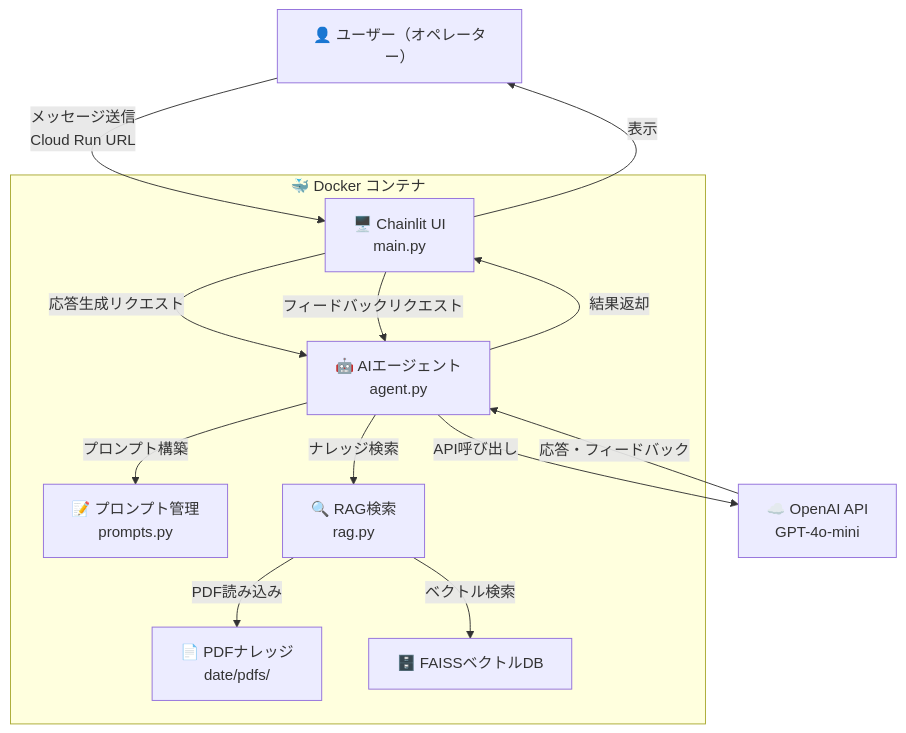
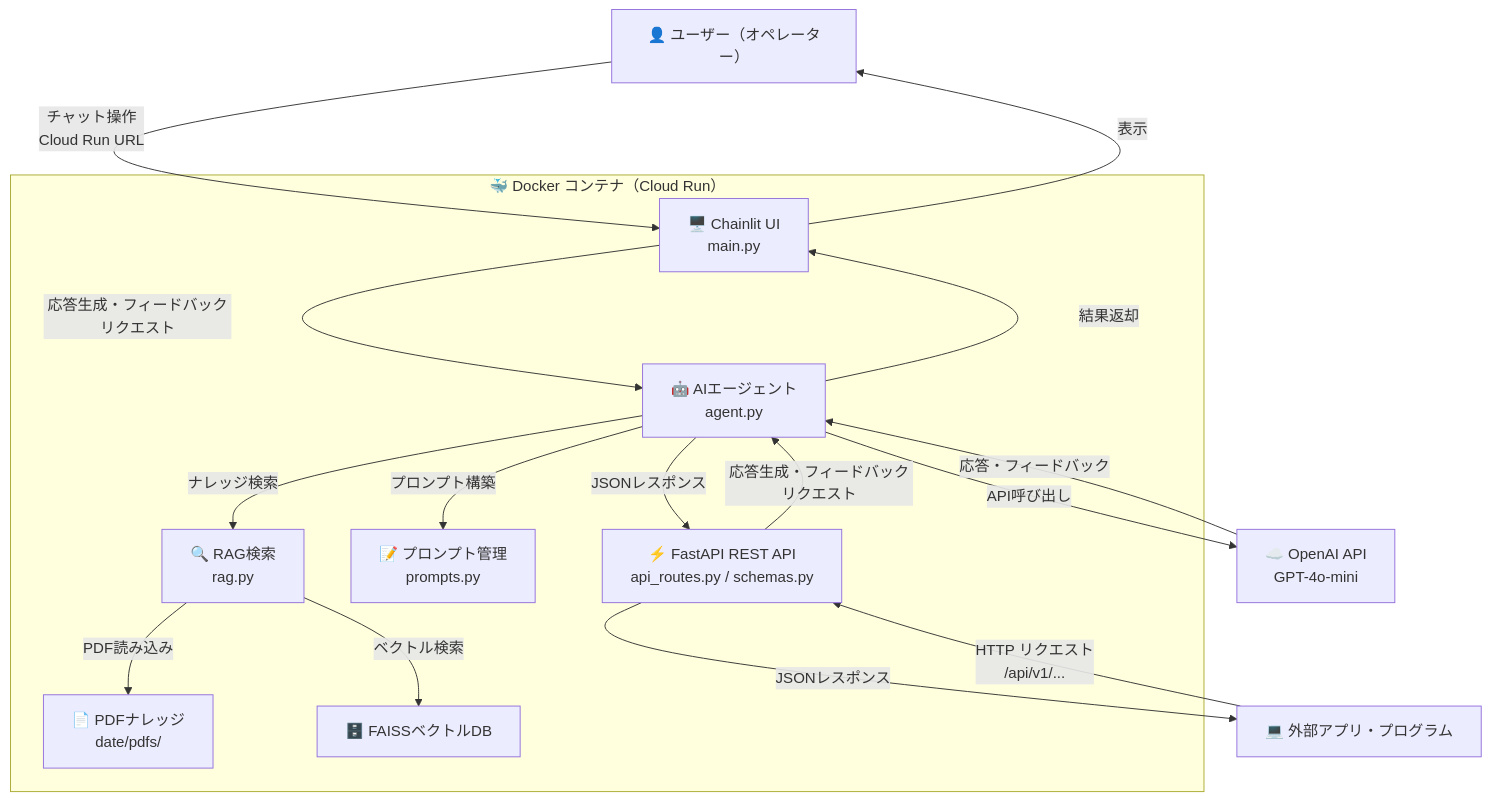
One commit to biguver-cloud/roleup changed the diagram in README.md. Above: the diagram before and after it, drawn with Mermaid. The commit also changed other lines of this file and 4 other files, not shown here.

First line of the commit message:
feat: FastAPI REST APIを実装しChainlitと並存させる

````diff
--- a/README.md
+++ b/README.md
@@ -74,27 +77,31 @@
 ```mermaid
-
 flowchart TD
     User["👤 ユーザー（オペレーター）"]
+    ExtApp["💻 外部アプリ・プログラム"]
     OpenAI["☁️ OpenAI API\nGPT-4o-mini"]
 
-    subgraph Docker["🐳 Docker コンテナ"]
+    subgraph Docker["🐳 Docker コンテナ（Cloud Run）"]
         UI["🖥️ Chainlit UI\nmain.py"]
+        API["⚡ FastAPI REST API\napi_routes.py / schemas.py"]
         Agent["🤖 AIエージェント\nagent.py"]
         Prompts["📝 プロンプト管理\nprompts.py"]
         RAG["🔍 RAG検索\nrag.py"]
         PDF["📄 PDFナレッジ\ndate/pdfs/"]
         FAISS["🗄️ FAISSベクトルDB"]
     end
 
-    User -->|メッセージ送信\nCloud Run URL| UI
-    UI -->|応答生成リクエスト| Agent
-    UI -->|フィードバックリクエスト| Agent
+    User -->|"チャット操作\nCloud Run URL"| UI
+    ExtApp -->|"HTTP リクエスト\n/api/v1/..."| API
+    UI -->|応答生成・フィードバックリクエスト| Agent
+    API -->|応答生成・フィードバックリクエスト| Agent
     Agent -->|プロンプト構築| Prompts
     Agent -->|ナレッジ検索| RAG
     RAG -->|PDF読み込み| PDF
     RAG -->|ベクトル検索| FAISS
     Agent -->|API呼び出し| OpenAI
     OpenAI -->|応答・フィードバック| Agent
     Agent -->|結果返却| UI
+    Agent -->|JSONレスポンス| API
     UI -->|表示| User
+    API -->|JSONレスポンス| ExtApp
 ```
````
